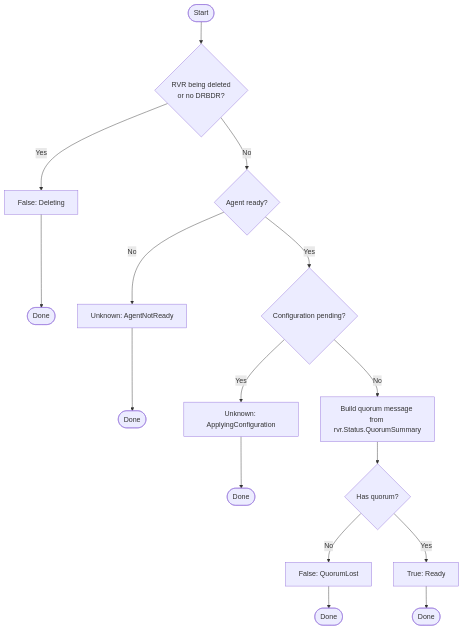
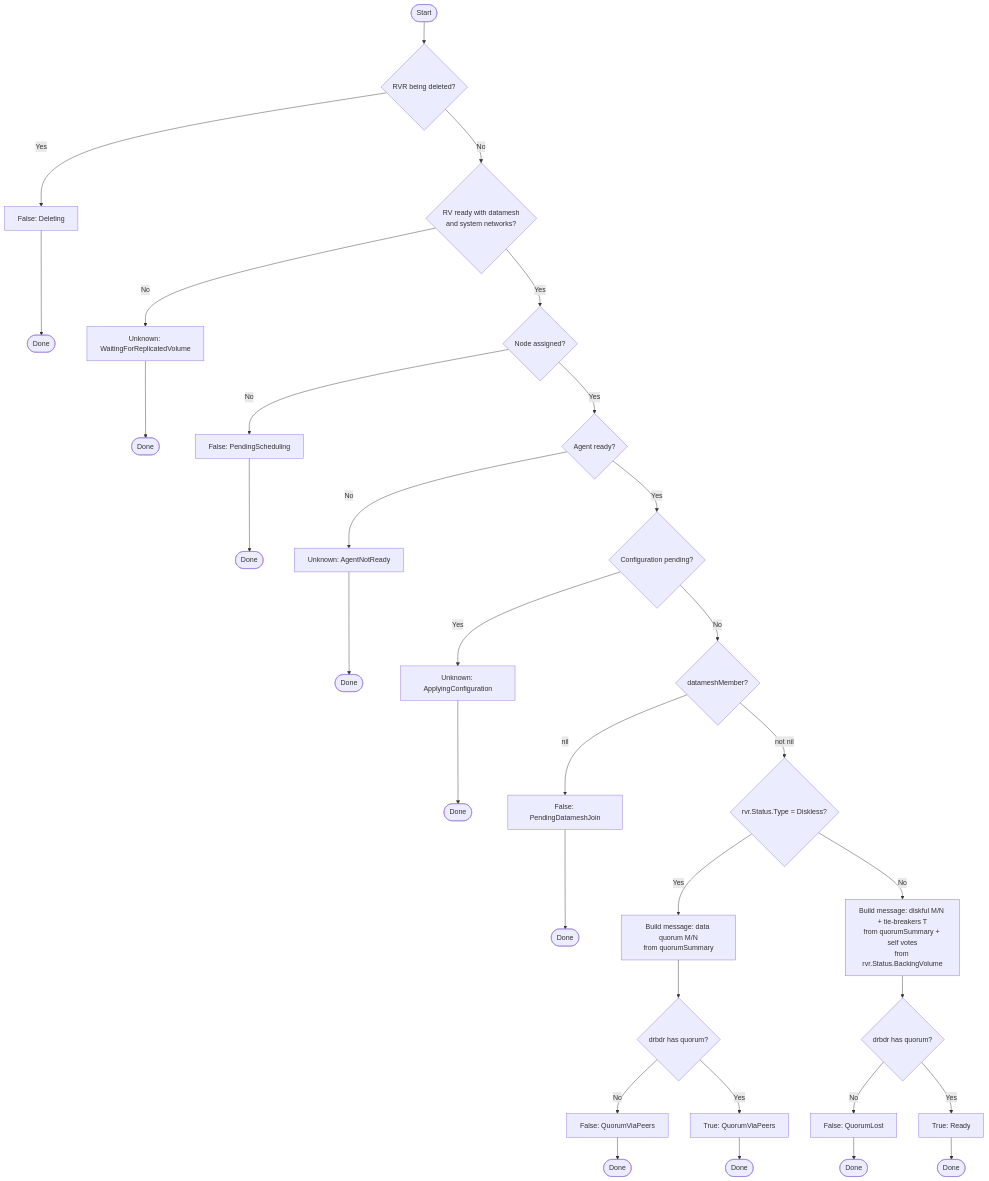
One commit to deckhouse/sds-replicated-volume changed diagram 14 of 15 in images/controller/internal/controllers/rvr_controller/README.md. Above: the diagram before and after it, drawn with Mermaid. The commit also changed other lines of this file and 67 other files, not shown here.

First line of the commit message:
[controller,agent] Advance controller buildout; add debug flow logger

````diff
--- a/images/controller/internal/controllers/rvr_controller/README.md
+++ b/images/controller/internal/controllers/rvr_controller/README.md
@@ -1166,23 +1174,43 @@
 ```mermaid
 flowchart TD
-    Start([Start]) --> CheckDelete{RVR being deleted<br/>or no DRBDR?}
+    Start([Start]) --> CheckDelete{RVR being deleted?}
     CheckDelete -->|Yes| SetDeleting[False: Deleting]
     SetDeleting --> End1([Done])
 
-    CheckDelete -->|No| CheckAgent{Agent ready?}
+    CheckDelete -->|No| CheckRV{RV ready with datamesh<br/>and system networks?}
+    CheckRV -->|No| SetWaitRV[Unknown: WaitingForReplicatedVolume]
+    SetWaitRV --> EndRV([Done])
+
+    CheckRV -->|Yes| CheckNode{Node assigned?}
+    CheckNode -->|No| SetPendingSched[False: PendingScheduling]
+    SetPendingSched --> EndSched([Done])
+
+    CheckNode -->|Yes| CheckAgent{Agent ready?}
     CheckAgent -->|No| SetUnknown1[Unknown: AgentNotReady]
     SetUnknown1 --> End2([Done])
 
     CheckAgent -->|Yes| CheckPending{Configuration pending?}
     CheckPending -->|Yes| SetUnknown2[Unknown: ApplyingConfiguration]
     SetUnknown2 --> End3([Done])
 
-    CheckPending -->|No| BuildMessage[Build quorum message from rvr.Status.QuorumSummary]
-    BuildMessage --> CheckQuorum{Has quorum?}
+    CheckPending -->|No| CheckMember{datameshMember?}
 
-    CheckQuorum -->|No| SetFalse[False: QuorumLost]
-    CheckQuorum -->|Yes| SetTrue[True: Ready]
+    CheckMember -->|nil| SetPendingJoin[False: PendingDatameshJoin]
+    SetPendingJoin --> End4([Done])
 
-    SetFalse --> End4([Done])
-    SetTrue --> End5([Done])
+    CheckMember -->|not nil| CheckDiskless{rvr.Status.Type = Diskless?}
+
+    CheckDiskless -->|Yes| BuildDisklessMsg["Build message: data quorum M/N<br/>from quorumSummary"]
+    BuildDisklessMsg --> CheckQuorumDiskless{drbdr has quorum?}
+    CheckQuorumDiskless -->|No| SetDisklessFalse[False: QuorumViaPeers]
+    CheckQuorumDiskless -->|Yes| SetDisklessTrue[True: QuorumViaPeers]
+    SetDisklessFalse --> End5([Done])
+    SetDisklessTrue --> End6([Done])
+
+    CheckDiskless -->|No| BuildDiskfulMsg["Build message: diskful M/N + tie-breakers T<br/>from quorumSummary + self votes<br/>from rvr.Status.BackingVolume"]
+    BuildDiskfulMsg --> CheckQuorumDiskful{drbdr has quorum?}
+    CheckQuorumDiskful -->|No| SetQuorumLost[False: QuorumLost]
+    CheckQuorumDiskful -->|Yes| SetReady[True: Ready]
+    SetQuorumLost --> End7([Done])
+    SetReady --> End8([Done])
 ```
````
